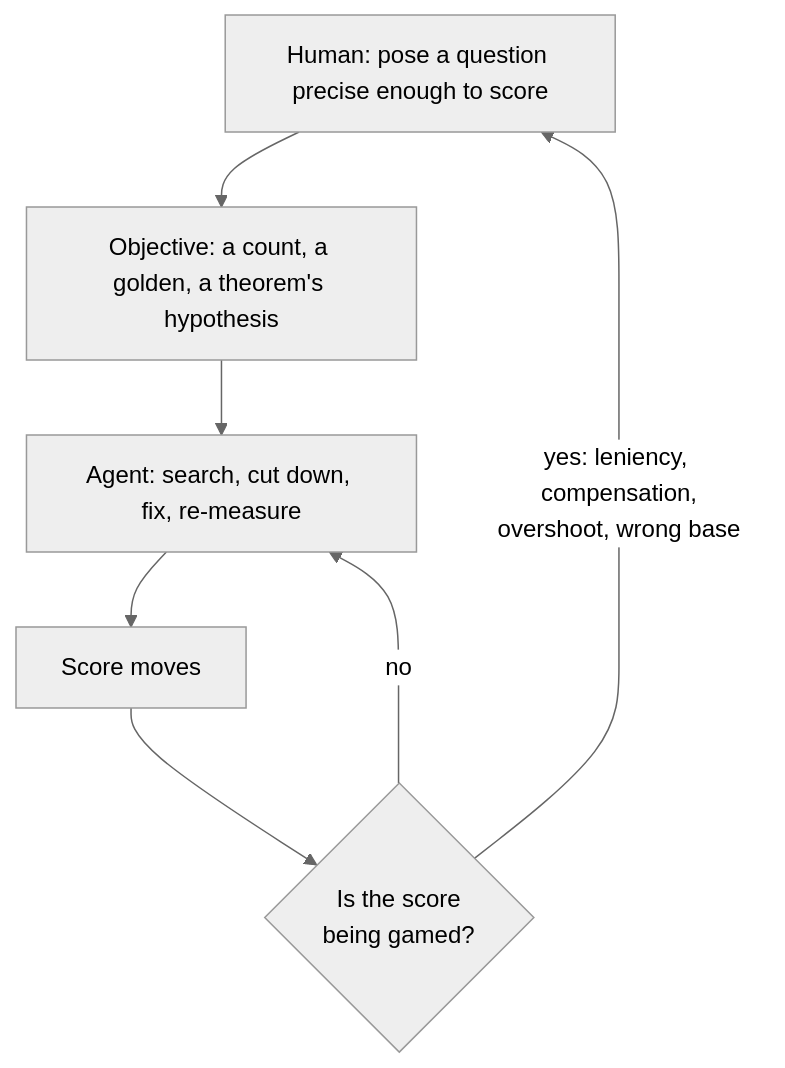
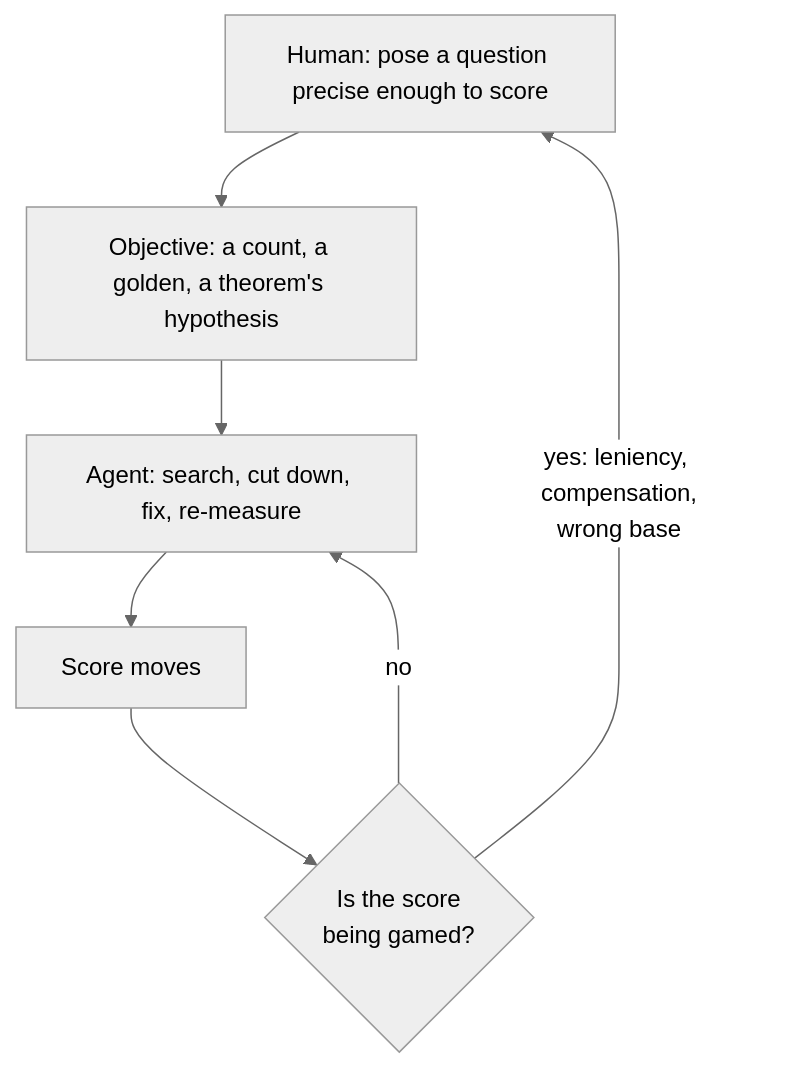
Before and after one commit to retronym/talks: the fifth of 5 diagrams in intellij-cake/talk.md, drawn with Mermaid (neutral theme). The commit also changed other lines of this file and 1 other file, not shown here.

````diff
--- a/intellij-cake/talk.md
+++ b/intellij-cake/talk.md
@@ -472,9 +470,9 @@
 ```mermaid
 flowchart TB
   H["Human: pose a question precise enough to score"] --> O["Objective: a count, a golden, a theorem's hypothesis"]
   O --> A["Agent: search, cut down, fix, re-measure"]
   A --> S["Score moves"]
   S --> G{"Is the score<br/>being gamed?"}
-  G -- "yes: leniency, compensation,<br/>overshoot, wrong base" --> H
+  G -- "yes: leniency, compensation,<br/>wrong base" --> H
   G -- "no" --> A
 ```
````
